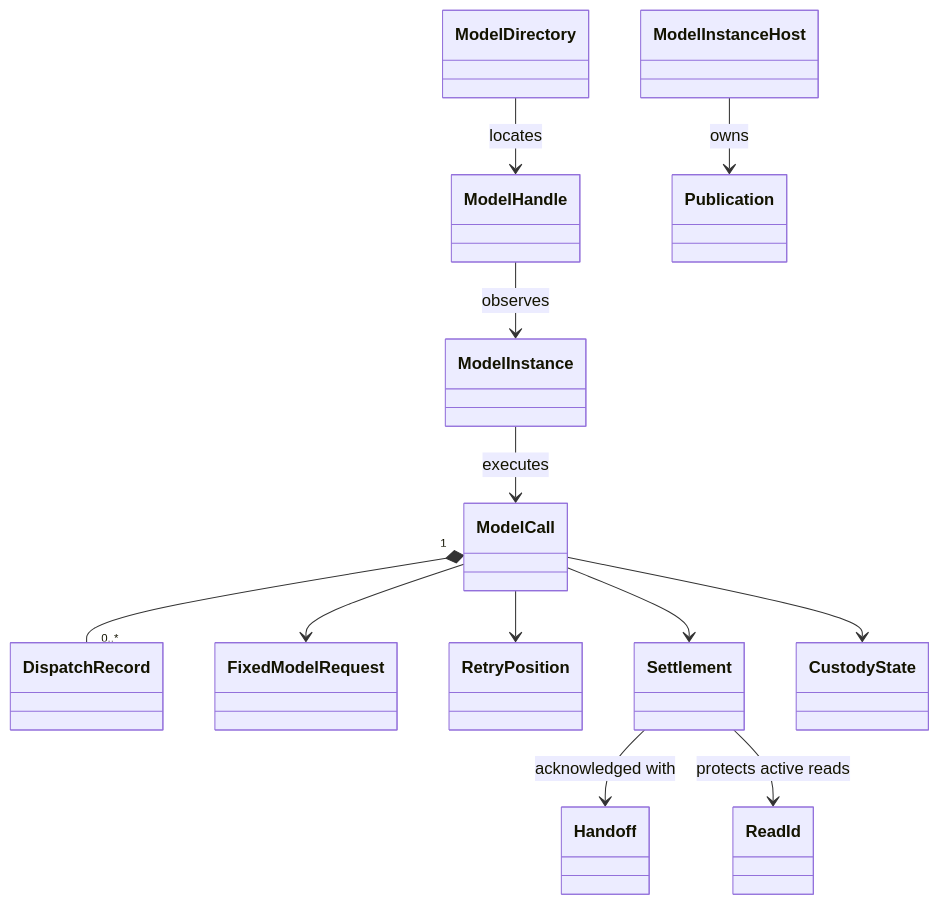
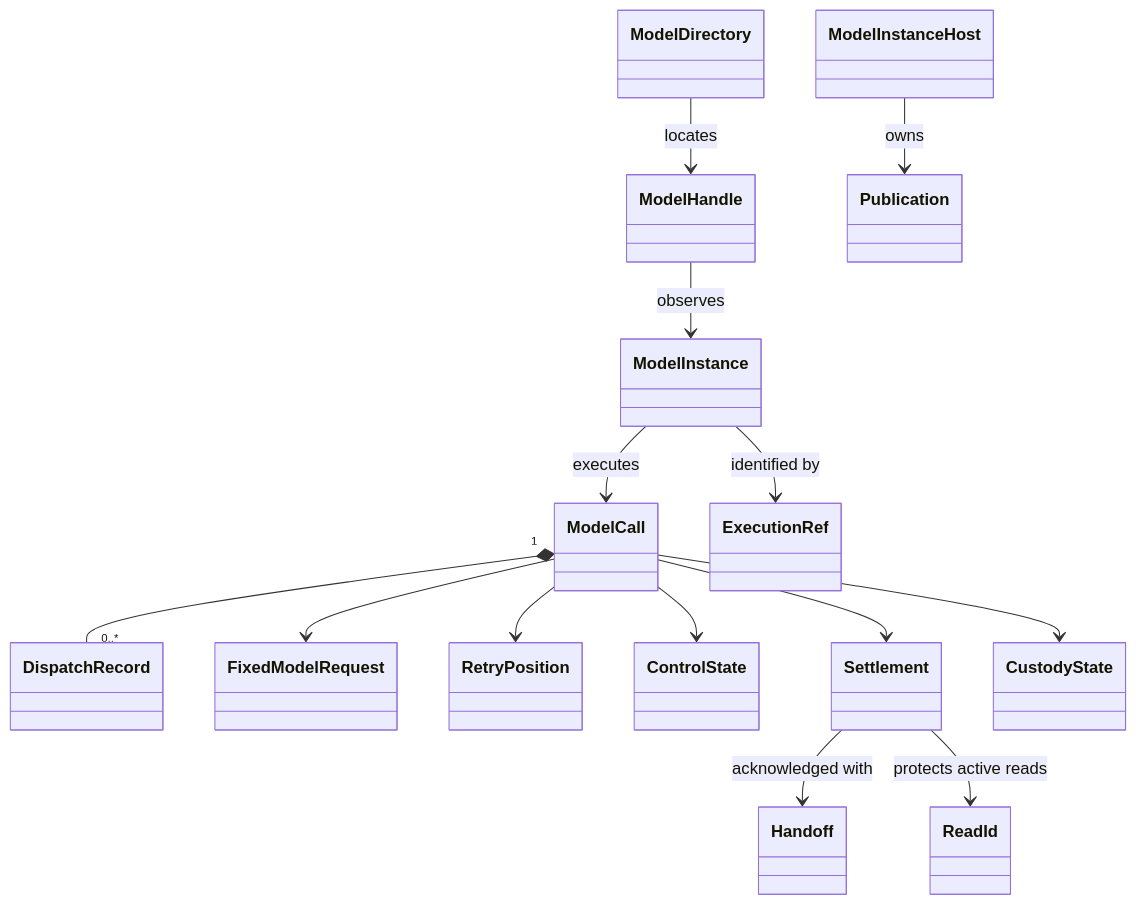
One commit to nemori-ai/omne-harness-lite changed the third of 4 diagrams in packages/model/model-contract/docs/object-model.md. Above: the diagram before and after it, drawn with Mermaid. The commit also changed other lines of this file and 4 other files, not shown here.

````diff
--- a/packages/model/model-contract/docs/object-model.md
+++ b/packages/model/model-contract/docs/object-model.md
@@ -68,14 +184,16 @@
 ```mermaid
 classDiagram
   ModelCall "1" *-- "0..*" DispatchRecord
   ModelCall --> FixedModelRequest
   ModelCall --> RetryPosition
+  ModelCall --> ControlState
   ModelCall --> Settlement
   ModelCall --> CustodyState
   ModelInstance --> ModelCall : executes
+  ModelInstance --> ExecutionRef : identified by
   ModelHandle --> ModelInstance : observes
   ModelDirectory --> ModelHandle : locates
   ModelInstanceHost --> Publication : owns
   Settlement --> Handoff : acknowledged with
   Settlement --> ReadId : protects active reads
 ```
````
